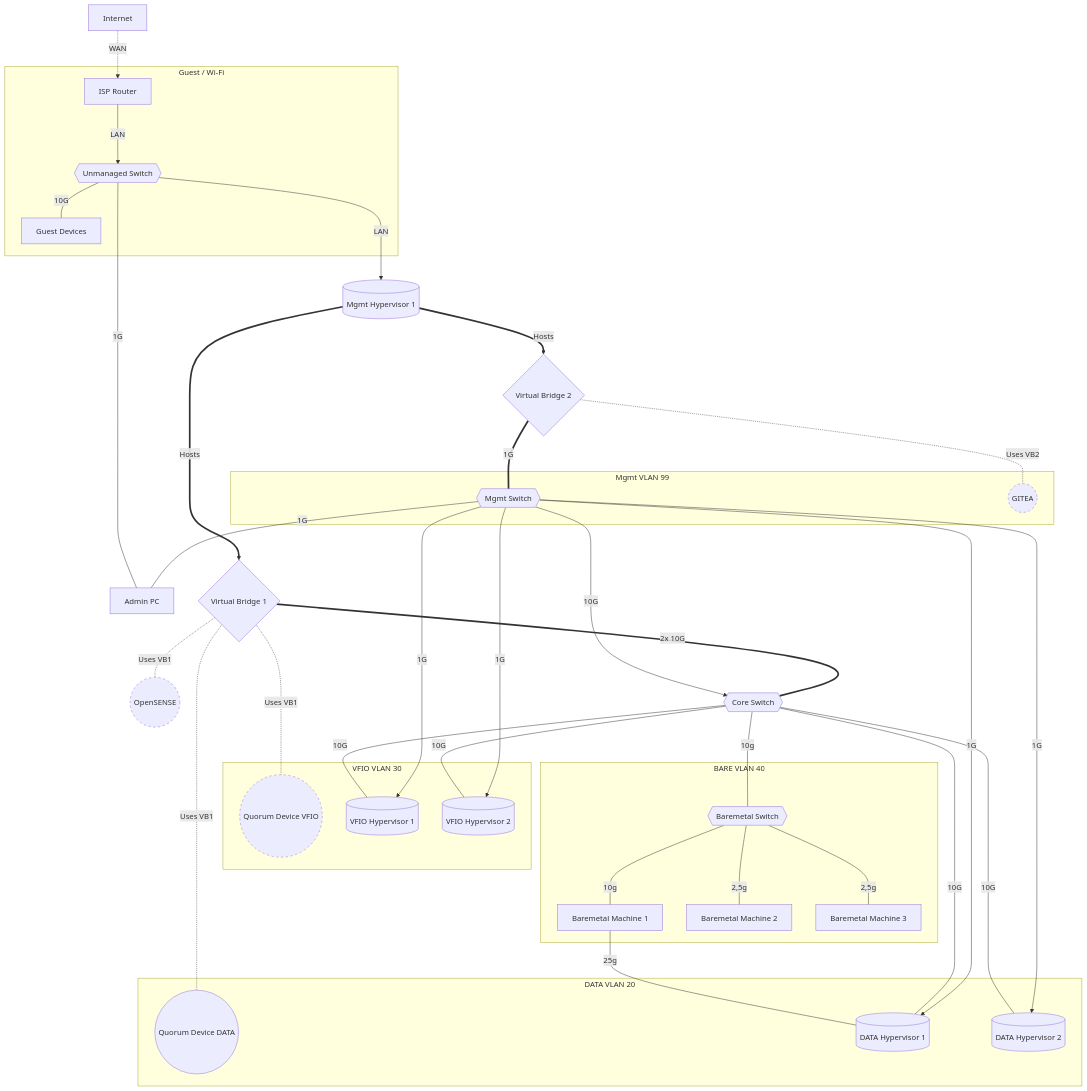
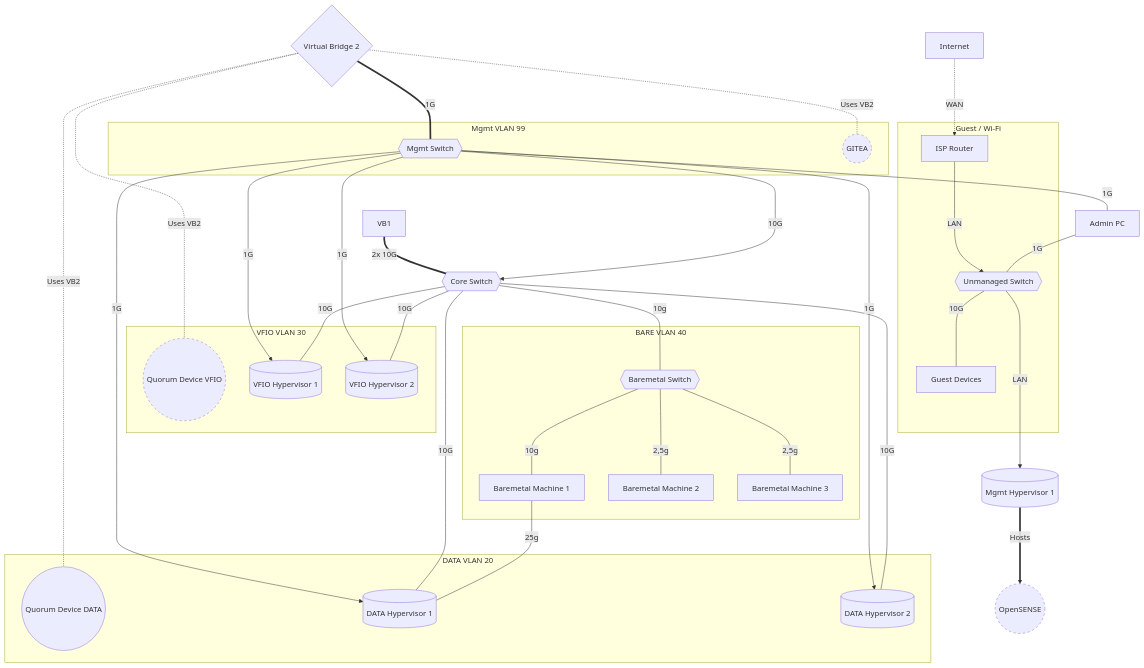
Before and after one commit to woeiru/lab: the diagram in alp/netop.md, drawn with Mermaid.

Commit message:
standard

````diff
--- a/alp/netop.md
+++ b/alp/netop.md
@@ -3,65 +3,63 @@
 ```mermaid
 graph TD
     INT[Internet] -.-> |WAN| ISPR[ISP Router]
     ISPR ---> |LAN| US
     US{{Unmanaged Switch}} ---> |LAN| MH1[(Mgmt Hypervisor 1)]
     US ---|"10G"| GD[Guest Devices]
 
     MS{{Mgmt Switch}} ---|"1G"| APC[Admin PC]
     APC ---|"1G"| US
 
-    MH1 ==>|"Hosts"| VB1
-    MH1 ==>|"Hosts"| VB2{Virtual Bridge 2}
-    VB1{Virtual Bridge 1} -.- |"Uses VB1"| QDV((Quorum Device VFIO))
-    VB1{Virtual Bridge 1} -.- |"Uses VB1"| QDD((Quorum Device DATA))
-    VB1 -.- |"Uses VB1"| OPN((OpenSENSE))
+    MH1 ==>|"Hosts"| OPN((OpenSENSE))
+    VB2{Virtual Bridge 2} -.- |"Uses VB2"| QDV((Quorum Device VFIO))
+    VB2{Virtual Bridge 2} -.- |"Uses VB2"| QDD((Quorum Device DATA))
     VB1 ===|"2x 10G"| CS{{Core Switch}}
     VB2 ===|"1G"| MS
     VB2 -.- |"Uses VB2"| GIT((GITEA))
 
     MS --->|"10G"| CS
     MS --->|"1G"| DH1
     MS --->|"1G"| DH2
     MS --->|"1G"| VH1
     MS --->|"1G"| VH2
 
     CS ---|"10G"| DH1[(DATA Hypervisor 1)]
     CS ---|"10G"| DH2[(DATA Hypervisor 2)]
     CS ---|"10G"| VH1[(VFIO Hypervisor 1)]
     CS ---|"10G"| VH2[(VFIO Hypervisor 2)]
 
     CS ---|"10g"| BMS{{Baremetal Switch}}
     BMS ---|"10g"| BM1[Baremetal Machine 1]
     BM1 ---|"25g"| DH1
     BMS ---|"2,5g"| BM2[Baremetal Machine 2]
     BMS ---|"2,5g"| BM3[Baremetal Machine 3]
 
     subgraph VLAN20 [DATA VLAN 20]
         DH1
         DH2
         QDD
     end
     subgraph VLAN30 [VFIO VLAN 30]
         VH1
         VH2
         QDV
     end
     subgraph VLAN40 [BARE VLAN 40]
        BMS
        BM1 
        BM2 
        BM3 
     end
 
     subgraph VLAN99 [Mgmt VLAN 99]
         MS
         GIT
     end
     subgraph Guest [Guest / Wi-Fi]
         ISPR
         GD
         US
     end
     classDef punctuated stroke-dasharray: 5 5;
     class GIT,QDV,OPN punctuated;
 ```
````
